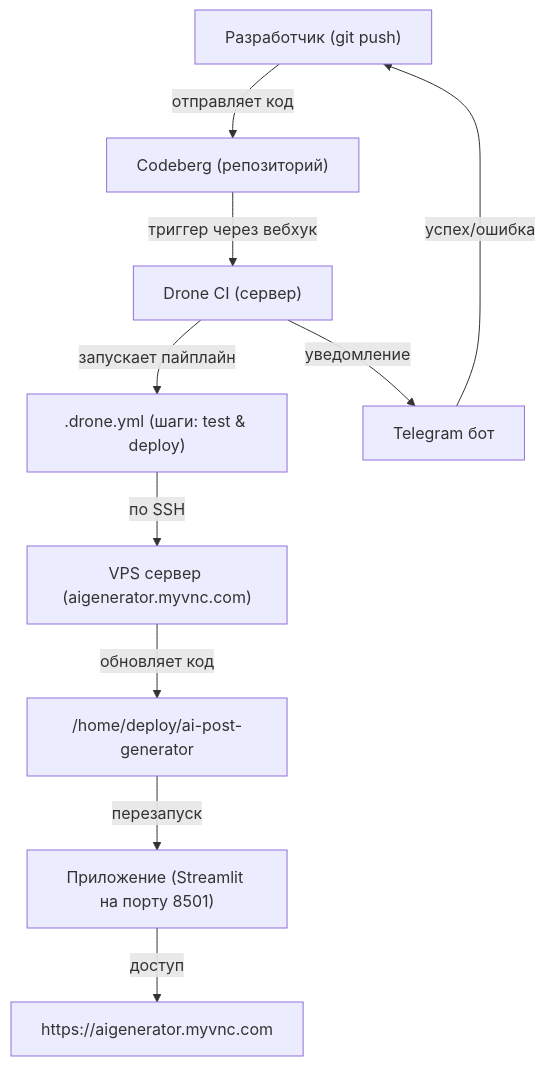
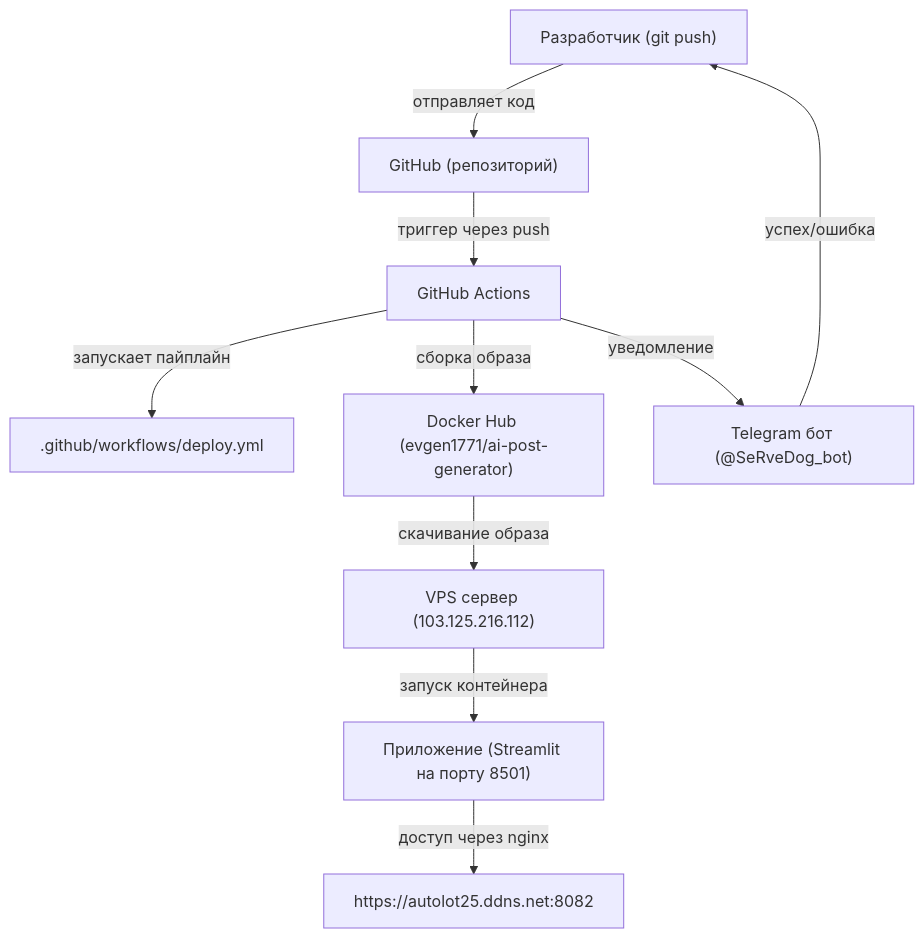
One commit to Evgen242/ai-post-generator changed the diagram in README.md. Above: the diagram before and after it, drawn with Mermaid. The commit also changed other lines of this file, not shown here.

Commit message:
Update README: CI/CD architecture diagram

````diff
--- a/README.md
+++ b/README.md
@@ -3,13 +3,13 @@
 ```mermaid
 graph TD
-    A["Разработчик (git push)"] -->|отправляет код| B["Codeberg (репозиторий)"]
-    B -->|триггер через вебхук| C["Drone CI (сервер)"]
-    C -->|запускает пайплайн| D[".drone.yml (шаги: test & deploy)"]
-    D -->|по SSH| E["VPS сервер (aigenerator.myvnc.com)"]
-    E -->|обновляет код| F["/home/deploy/ai-post-generator"]
-    F -->|перезапуск| G["Приложение (Streamlit на порту 8501)"]
-    G -->|доступ| H["https://aigenerator.myvnc.com"]
+    A["Разработчик (git push)"] -->|отправляет код| B["GitHub (репозиторий)"]
+    B -->|триггер через push| C["GitHub Actions"]
+    C -->|запускает пайплайн| D[".github/workflows/deploy.yml"]
+    C -->|сборка образа| E["Docker Hub (evgen1771/ai-post-generator)"]
+    E -->|скачивание образа| F["VPS сервер (103.125.216.112)"]
+    F -->|запуск контейнера| G["Приложение (Streamlit на порту 8501)"]
+    G -->|доступ через nginx| H["https://autolot25.ddns.net:8082"]
 
-    C -->|уведомление| I["Telegram бот"]
+    C -->|уведомление| I["Telegram бот (@SeRveDog_bot)"]
     I -->|успех/ошибка| A
 ```
````
